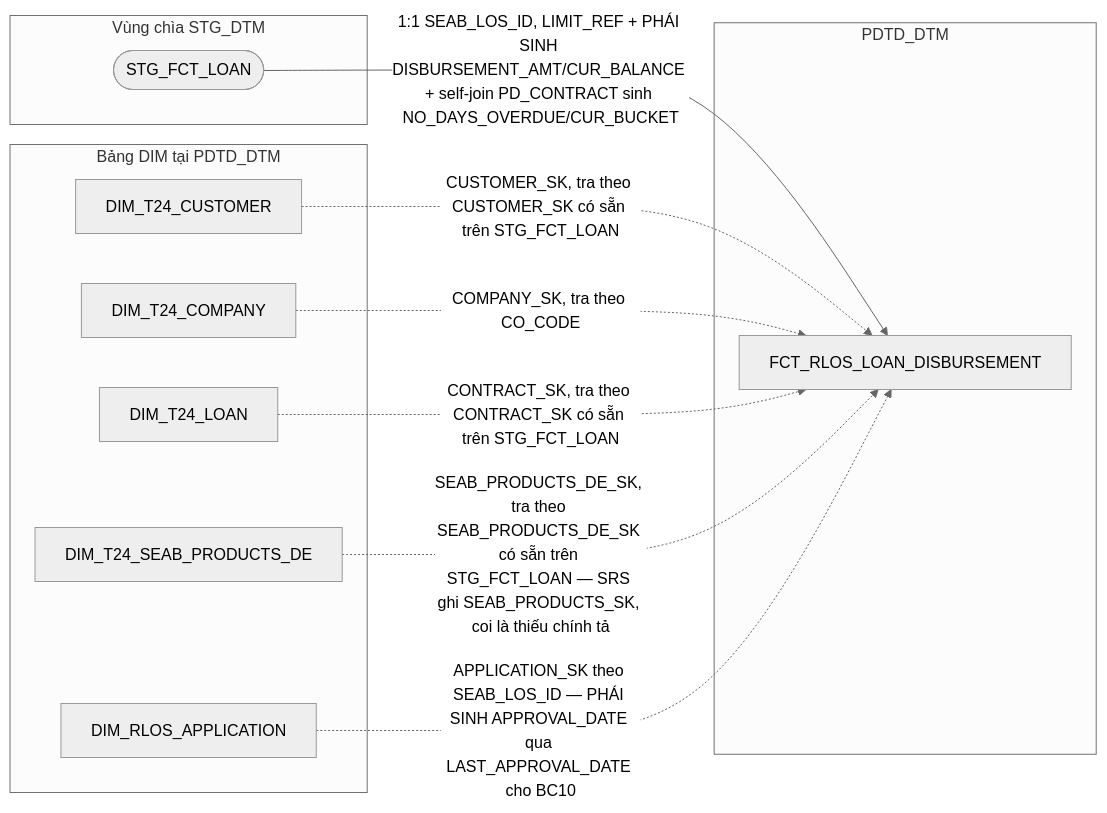
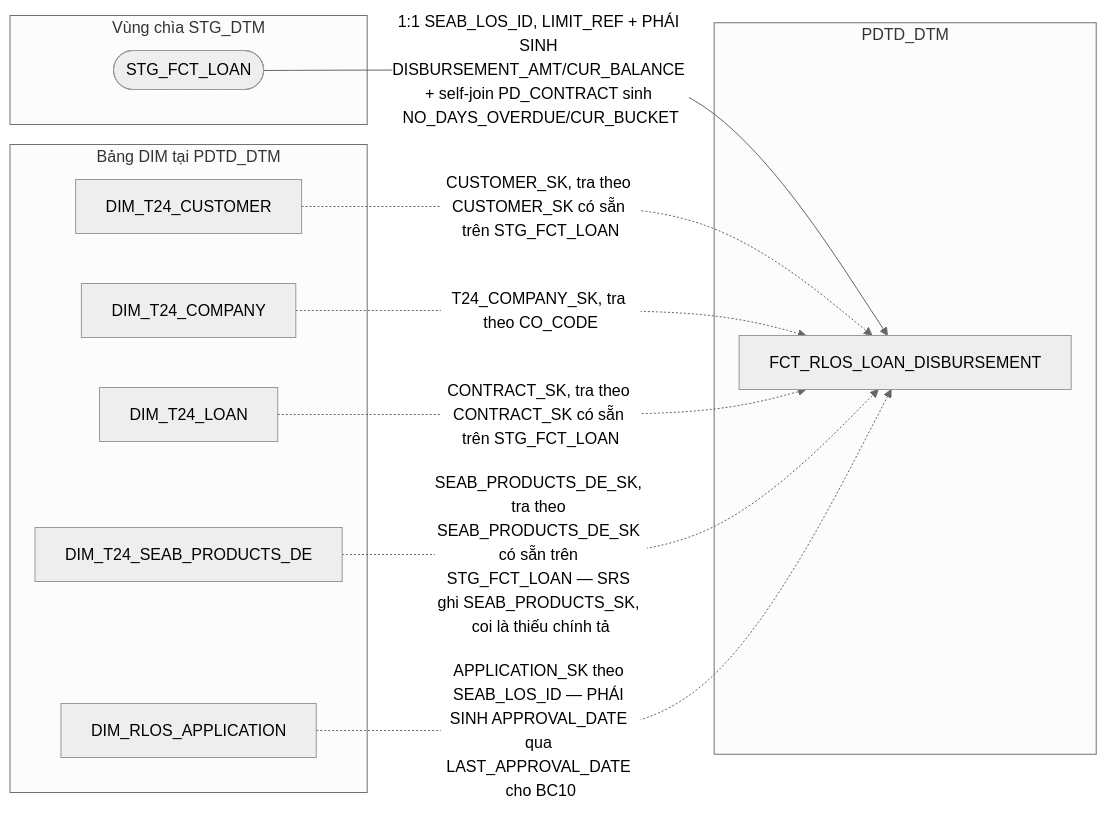
One commit to chien1198/sb-mapping-gen changed diagram 17 of 19 in hld/hld_review/HLD_FCT_PDTD_DTM_review.md. Above: the diagram before and after it, drawn with Mermaid (neutral theme). The commit also changed other lines of this file and 183 other files, not shown here.

````diff
--- a/hld/hld_review/HLD_FCT_PDTD_DTM_review.md
+++ b/hld/hld_review/HLD_FCT_PDTD_DTM_review.md
@@ -1010,22 +1100,22 @@
 ```mermaid
 flowchart LR
     subgraph STG_DTM["Vùng chìa STG_DTM"]
         SA(["STG_FCT_LOAN"])
     end
     subgraph DIM_DTM["Bảng DIM tại PDTD_DTM"]
         CUST["DIM_T24_CUSTOMER"]
         COMP["DIM_T24_COMPANY"]
         LOAN["DIM_T24_LOAN"]
         PROD["DIM_T24_SEAB_PRODUCTS_DE"]
         RAPP["DIM_RLOS_APPLICATION"]
     end
     subgraph PDTD_DTM
         E["FCT_RLOS_LOAN_DISBURSEMENT"]
     end
     SA -->|1:1 SEAB_LOS_ID, LIMIT_REF + PHÁI SINH DISBURSEMENT_AMT/CUR_BALANCE + self-join PD_CONTRACT sinh NO_DAYS_OVERDUE/CUR_BUCKET| E
     CUST -.->|CUSTOMER_SK, tra theo CUSTOMER_SK có sẵn trên STG_FCT_LOAN| E
-    COMP -.->|COMPANY_SK, tra theo CO_CODE| E
+    COMP -.->|T24_COMPANY_SK, tra theo CO_CODE| E
     LOAN -.->|CONTRACT_SK, tra theo CONTRACT_SK có sẵn trên STG_FCT_LOAN| E
     PROD -.->|SEAB_PRODUCTS_DE_SK, tra theo SEAB_PRODUCTS_DE_SK có sẵn trên STG_FCT_LOAN — SRS ghi SEAB_PRODUCTS_SK, coi là thiếu chính tả| E
     RAPP -.->|APPLICATION_SK theo SEAB_LOS_ID — PHÁI SINH APPROVAL_DATE qua LAST_APPROVAL_DATE cho BC10| E
 ```
````
